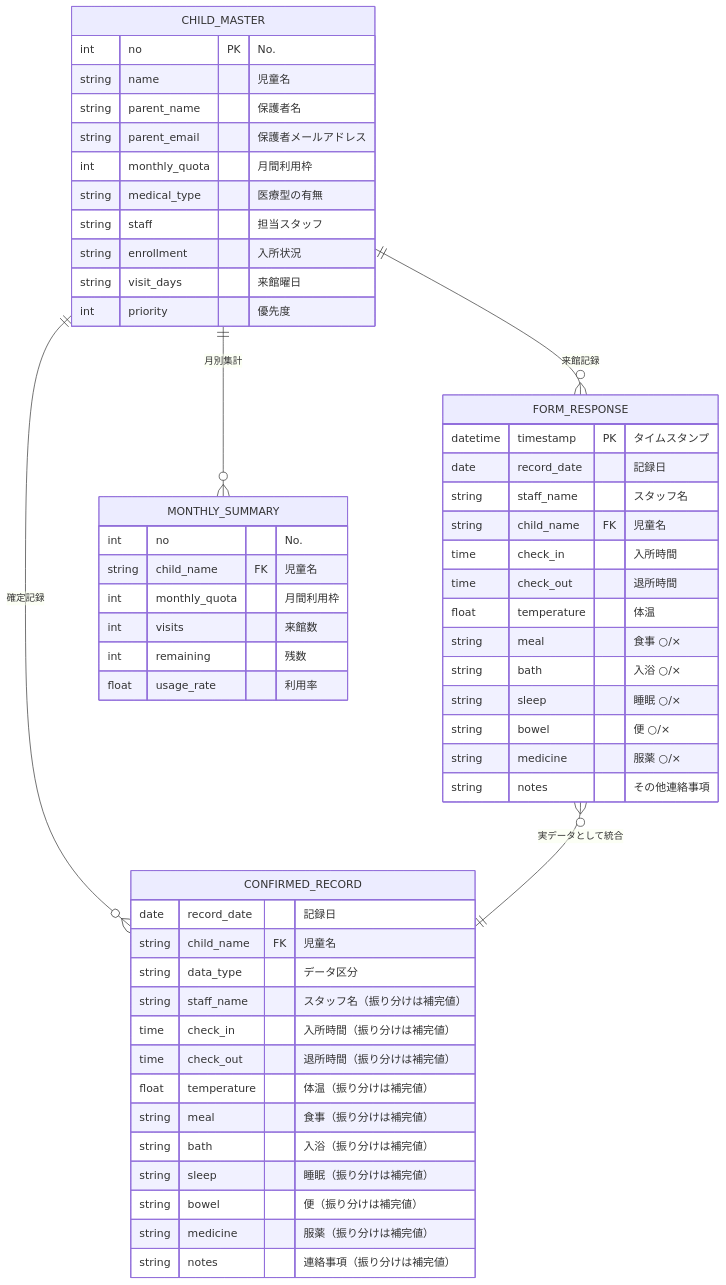
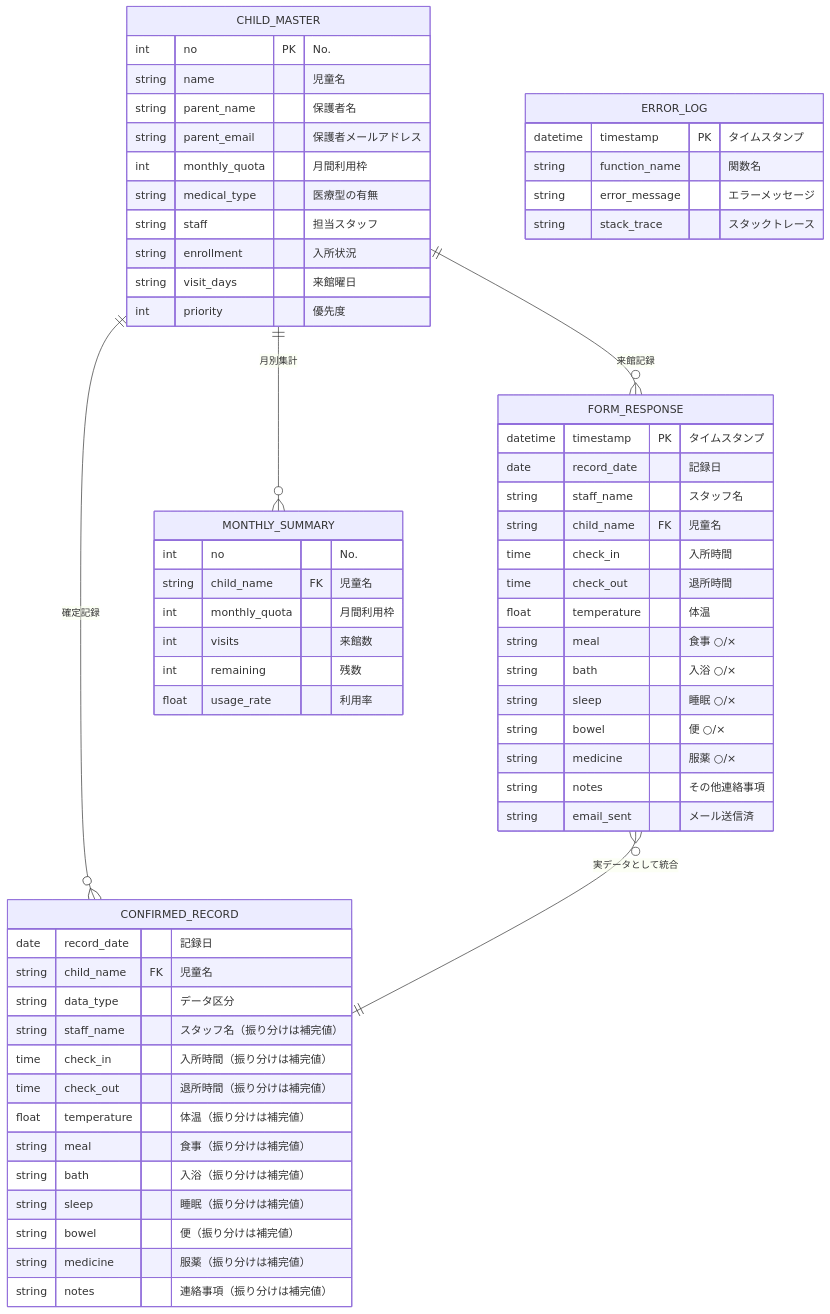
One commit to Tatetsu/oen-yorimado changed the diagram in docs/er-diagram.md. Above: the diagram before and after it, drawn with Mermaid. The commit also changed other lines of this file and 12 other files, not shown here.

````diff
--- a/docs/er-diagram.md
+++ b/docs/er-diagram.md
@@ -5,61 +5,69 @@
 ```mermaid
 erDiagram
     CHILD_MASTER {
         int no PK "No."
         string name "児童名"
         string parent_name "保護者名"
         string parent_email "保護者メールアドレス"
         int monthly_quota "月間利用枠"
         string medical_type "医療型の有無"
         string staff "担当スタッフ"
         string enrollment "入所状況"
         string visit_days "来館曜日"
         int priority "優先度"
     }
 
     FORM_RESPONSE {
         datetime timestamp PK "タイムスタンプ"
         date record_date "記録日"
         string staff_name "スタッフ名"
         string child_name FK "児童名"
         time check_in "入所時間"
         time check_out "退所時間"
         float temperature "体温"
         string meal "食事 ○/×"
         string bath "入浴 ○/×"
         string sleep "睡眠 ○/×"
         string bowel "便 ○/×"
         string medicine "服薬 ○/×"
         string notes "その他連絡事項"
+        string email_sent "メール送信済"
+    }
+
+    ERROR_LOG {
+        datetime timestamp PK "タイムスタンプ"
+        string function_name "関数名"
+        string error_message "エラーメッセージ"
+        string stack_trace "スタックトレース"
     }
 
     CONFIRMED_RECORD {
         date record_date "記録日"
         string child_name FK "児童名"
         string data_type "データ区分"
         string staff_name "スタッフ名（振り分けは補完値）"
         time check_in "入所時間（振り分けは補完値）"
         time check_out "退所時間（振り分けは補完値）"
         float temperature "体温（振り分けは補完値）"
         string meal "食事（振り分けは補完値）"
         string bath "入浴（振り分けは補完値）"
         string sleep "睡眠（振り分けは補完値）"
         string bowel "便（振り分けは補完値）"
         string medicine "服薬（振り分けは補完値）"
         string notes "連絡事項（振り分けは補完値）"
     }
 
     MONTHLY_SUMMARY {
         int no "No."
         string child_name FK "児童名"
         int monthly_quota "月間利用枠"
         int visits "来館数"
         int remaining "残数"
         float usage_rate "利用率"
     }
 
     CHILD_MASTER ||--o{ FORM_RESPONSE : "来館記録"
     CHILD_MASTER ||--o{ CONFIRMED_RECORD : "確定記録"
     CHILD_MASTER ||--o{ MONTHLY_SUMMARY : "月別集計"
     FORM_RESPONSE }o--|| CONFIRMED_RECORD : "実データとして統合"
 ```
````
